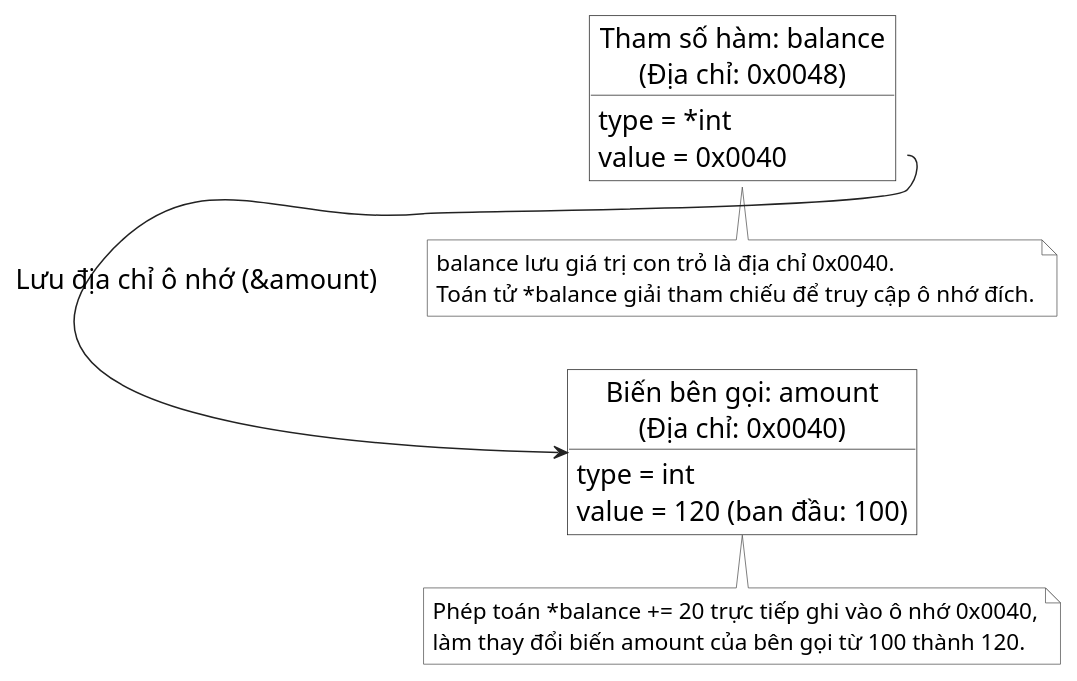
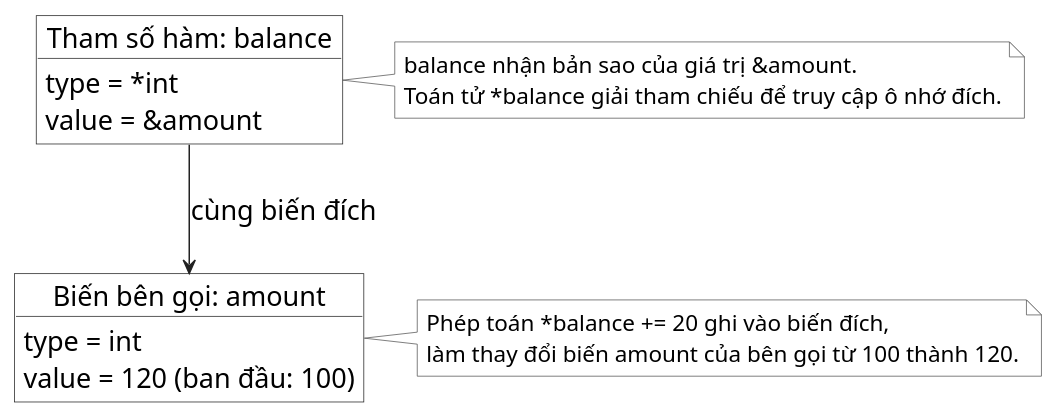
One commit to Minhlike/Golang changed the diagram in assets/diagrams/pointer-pointee.puml. Above: the diagram before and after it, drawn with PlantUML. The commit also changed 31 other files, not shown here.

```diff
--- a/assets/diagrams/pointer-pointee.puml
+++ b/assets/diagrams/pointer-pointee.puml
@@ -1,42 +1,42 @@
 @startuml
 skinparam backgroundColor white
 skinparam shadowing false
 skinparam defaultFontName "Source Sans 3"
 skinparam defaultFontSize 18
 skinparam defaultFontColor #000000
 skinparam arrowColor #222222
 skinparam object {
   BackgroundColor #FFFFFF
   BorderColor #222222
   FontColor #000000
 }
 skinparam note {
   BackgroundColor #FFFFFF
   BorderColor #555555
   FontColor #000000
   FontSize 15
 }
-left to right direction
+top to bottom direction
 
-object "Biến bên gọi: amount\n(Địa chỉ: 0x0040)" as amount {
+object "Biến bên gọi: amount" as amount {
   type = int
   value = 120 (ban đầu: 100)
 }
 
-object "Tham số hàm: balance\n(Địa chỉ: 0x0048)" as pointer {
+object "Tham số hàm: balance" as pointer {
   type = *int
-  value = 0x0040
+  value = &amount
 }
 
-pointer::value -right-> amount : Lưu địa chỉ ô nhớ (&amount)
+pointer -down-> amount : cùng biến đích
 
-note bottom of pointer
-  balance lưu giá trị con trỏ là địa chỉ 0x0040.
+note right of pointer
+  balance nhận bản sao của giá trị &amount.
   Toán tử *balance giải tham chiếu để truy cập ô nhớ đích.
 end note
 
-note bottom of amount
-  Phép toán *balance += 20 trực tiếp ghi vào ô nhớ 0x0040,
+note right of amount
+  Phép toán *balance += 20 ghi vào biến đích,
   làm thay đổi biến amount của bên gọi từ 100 thành 120.
 end note
 @enduml
```
